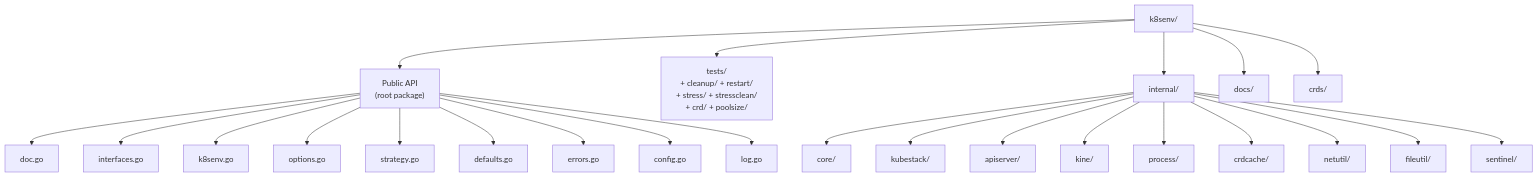
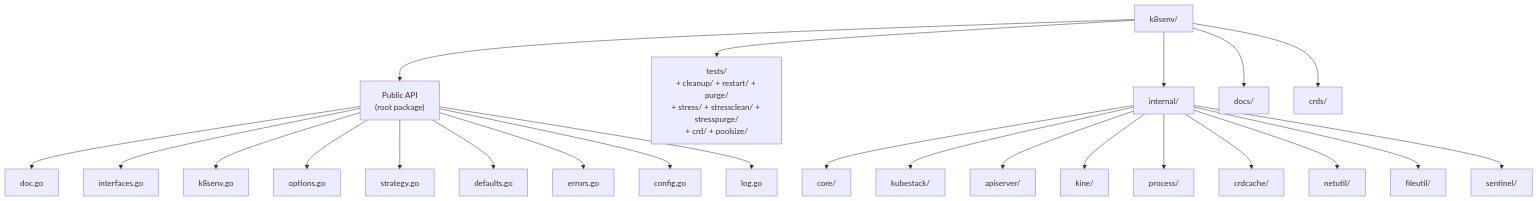
Before and after one commit to giantswarm/k8senv: the diagram in docs/reference/directory-structure.md, drawn with Mermaid. The commit also changed other lines of this file and 20 other files, not shown here.

First line of the commit message:
feat(core): add ReleasePurge strategy for direct SQLite cleanup

````diff
--- a/docs/reference/directory-structure.md
+++ b/docs/reference/directory-structure.md
@@ -5,28 +5,28 @@
 ```mermaid
 flowchart TD
     Root["k8senv/"] --> Public["Public API\n(root package)"]
-    Root --> Tests["tests/\n+ cleanup/ + restart/\n+ stress/ + stressclean/\n+ crd/ + poolsize/"]
+    Root --> Tests["tests/\n+ cleanup/ + restart/ + purge/\n+ stress/ + stressclean/ + stresspurge/\n+ crd/ + poolsize/"]
     Root --> Internal["internal/"]
     Root --> Docs["docs/"]
     Root --> CRDs["crds/"]
 
     Public --> doc["doc.go"]
     Public --> ifaces["interfaces.go"]
     Public --> factory["k8senv.go"]
     Public --> opts["options.go"]
     Public --> strat["strategy.go"]
     Public --> defs["defaults.go"]
     Public --> errs["errors.go"]
     Public --> cfg["config.go"]
     Public --> log["log.go"]
 
     Internal --> Core["core/"]
     Internal --> KubeStack["kubestack/"]
     Internal --> APIServerPkg["apiserver/"]
     Internal --> KinePkg["kine/"]
     Internal --> Process["process/"]
     Internal --> CRDCachePkg["crdcache/"]
     Internal --> NetUtil["netutil/"]
     Internal --> FileUtil["fileutil/"]
     Internal --> Sentinel["sentinel/"]
 ```
````
